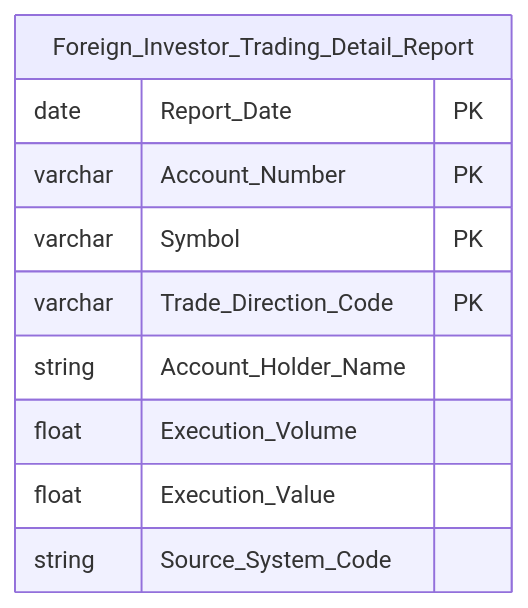
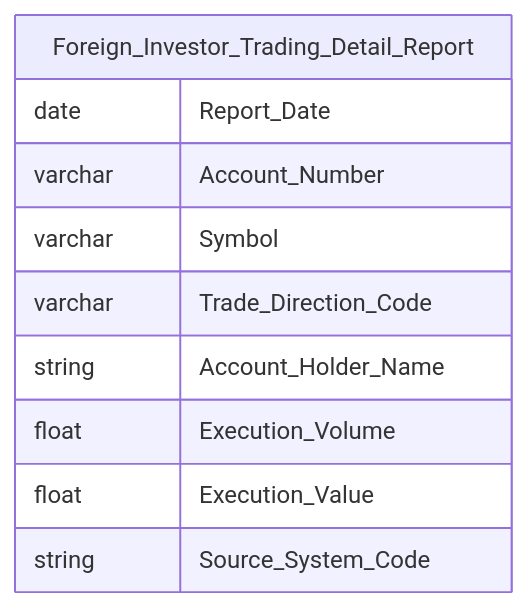
Diagram 24 of 26 in Datamart/hld/DTM_NDTNN_HLD.md (linhlvit/ubck_atomic_design), drawn with Mermaid before and after one commit. The commit also changed other lines of this file and 12 other files, not shown here.

````diff
--- a/Datamart/hld/DTM_NDTNN_HLD.md
+++ b/Datamart/hld/DTM_NDTNN_HLD.md
@@ -1118,13 +1119,13 @@
 ```mermaid
 erDiagram
     Foreign_Investor_Trading_Detail_Report {
-        date Report_Date PK
-        varchar Account_Number PK
-        varchar Symbol PK
-        varchar Trade_Direction_Code PK
+        date Report_Date
+        varchar Account_Number
+        varchar Symbol
+        varchar Trade_Direction_Code
         string Account_Holder_Name
         float Execution_Volume
         float Execution_Value
         string Source_System_Code
     }
 ```
````
